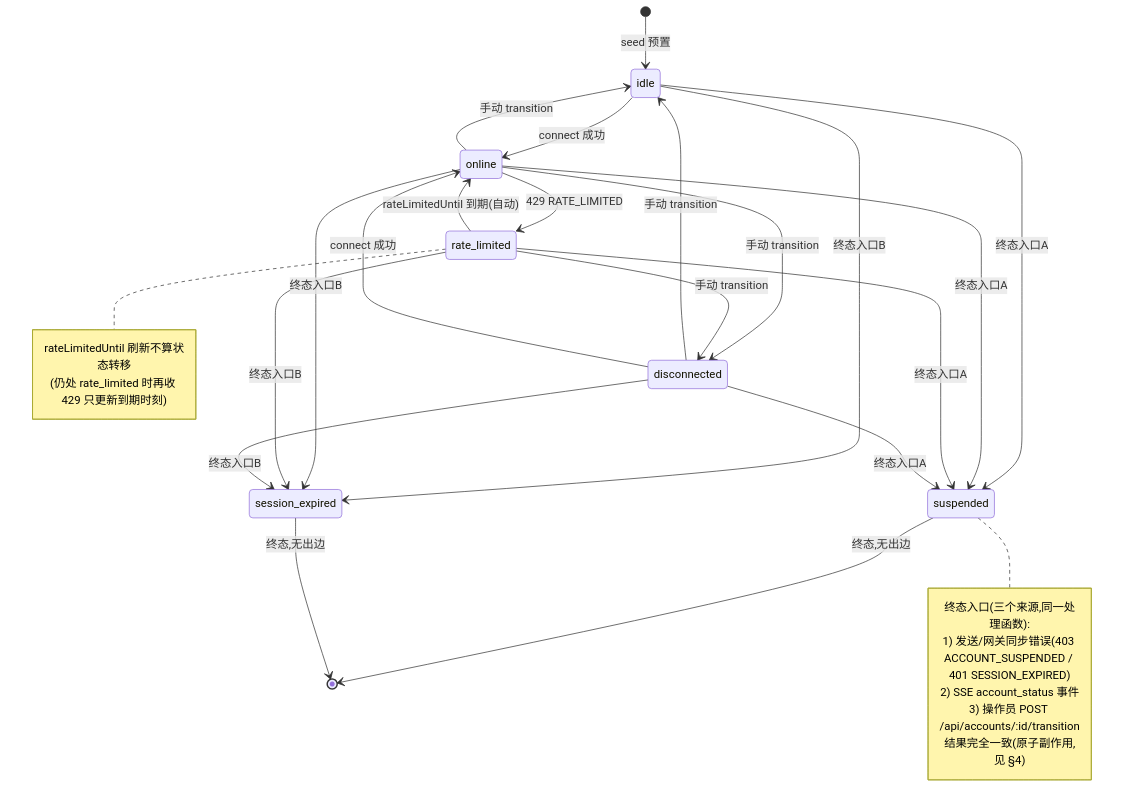
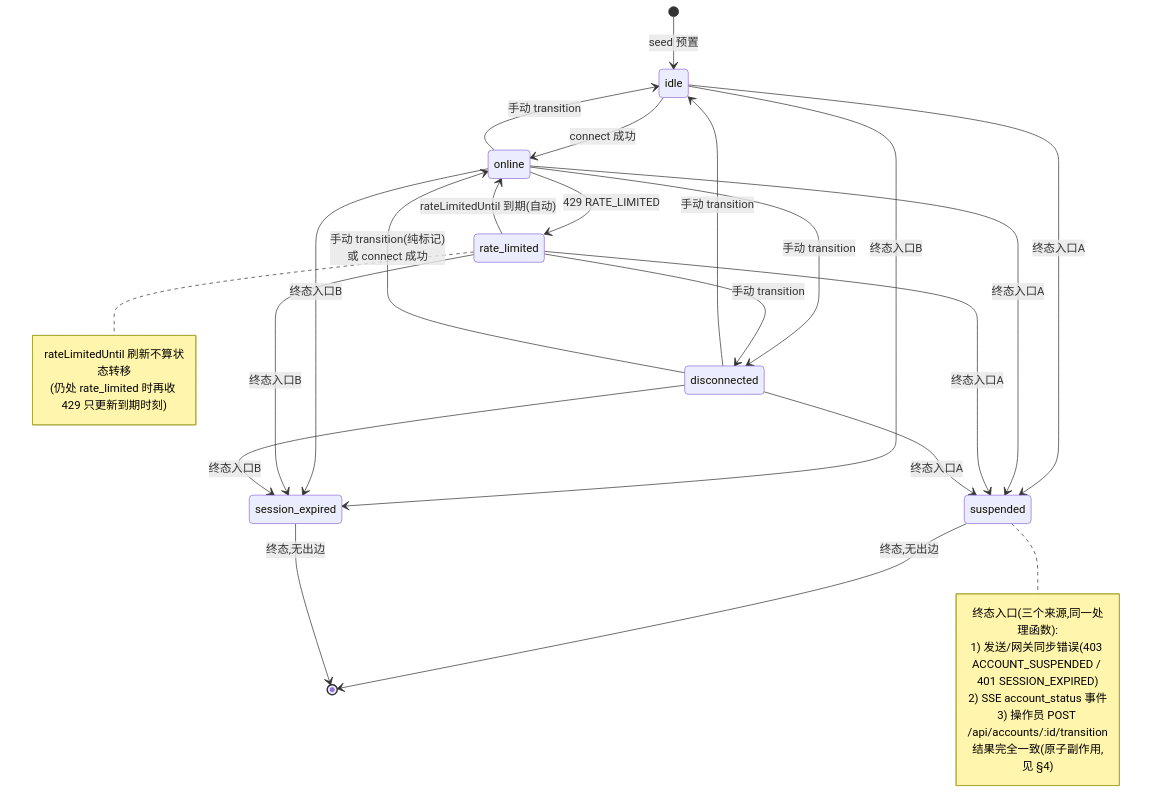
Before and after one commit to AlfredChaos/kapibala: the first of 6 diagrams in docs/design/03-account-module.md, drawn with Mermaid. The commit also changed other lines of this file and 10 other files, not shown here.

First line of the commit message:
fix(accounts): align transition table with REQ A1 — allow disconnected→online

````diff
--- a/docs/design/03-account-module.md
+++ b/docs/design/03-account-module.md
@@ -10,40 +10,40 @@
 ```mermaid
 stateDiagram-v2
     [*] --> idle : seed 预置
 
     idle --> online : connect 成功
     idle --> suspended : 终态入口A
     idle --> session_expired : 终态入口B
 
     online --> idle : 手动 transition
     online --> rate_limited : 429 RATE_LIMITED
     online --> disconnected : 手动 transition
     online --> suspended : 终态入口A
     online --> session_expired : 终态入口B
 
     rate_limited --> online : rateLimitedUntil 到期(自动)
     rate_limited --> disconnected : 手动 transition
     rate_limited --> suspended : 终态入口A
     rate_limited --> session_expired : 终态入口B
 
     disconnected --> idle : 手动 transition
-    disconnected --> online : connect 成功
+    disconnected --> online : 手动 transition(纯标记)<br/>或 connect 成功
     disconnected --> suspended : 终态入口A
     disconnected --> session_expired : 终态入口B
 
     suspended --> [*] : 终态,无出边
     session_expired --> [*] : 终态,无出边
 
     note right of suspended
         终态入口(三个来源,同一处理函数):
         1) 发送/网关同步错误(403 ACCOUNT_SUSPENDED / 401 SESSION_EXPIRED)
         2) SSE account_status 事件
         3) 操作员 POST /api/accounts/:id/transition
         结果完全一致(原子副作用,见 §4)
     end note
 
     note right of rate_limited
         rateLimitedUntil 刷新不算状态转移
         (仍处 rate_limited 时再收 429 只更新到期时刻)
     end note
 ```
````
